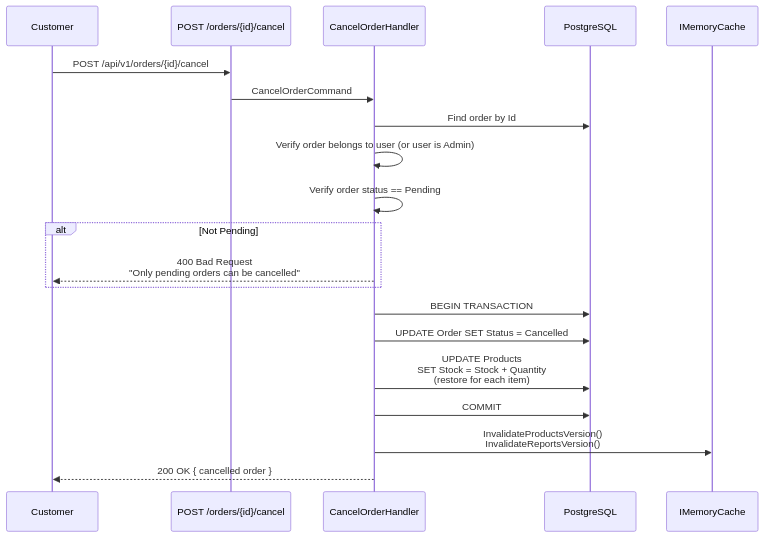
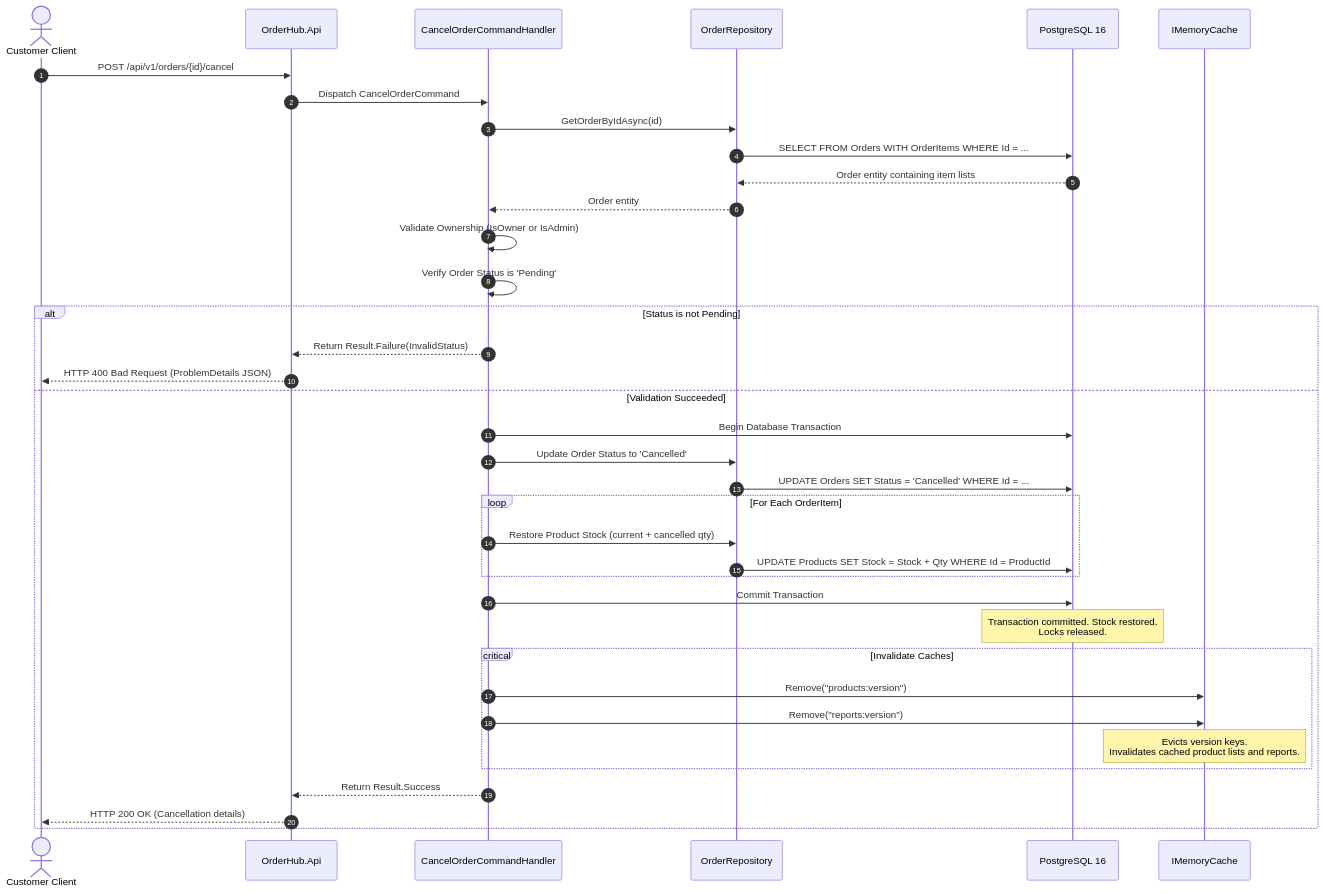
Before and after one commit to datngw/OrderHub: the fourth of 4 diagrams in docs/docusaurus/docs/architecture/06-runtime-view.md, drawn with Mermaid. The commit also changed other lines of this file and 28 other files, not shown here.

Commit message:
docs: Rewrite arc42 architecture docs and consolidate ADRs

````diff
--- a/docs/docusaurus/docs/architecture/06-runtime-view.md
+++ b/docs/docusaurus/docs/architecture/06-runtime-view.md
@@ -130,24 +201,46 @@
 ```mermaid
 sequenceDiagram
-    participant C as Customer
-    participant E as POST /orders/{id}/cancel
-    participant H as CancelOrderHandler
-    participant DB as PostgreSQL
+    autonumber
+    actor Customer as Customer Client
+    participant API as OrderHub.Api
+    participant Handler as CancelOrderCommandHandler
+    participant Repo as OrderRepository
+    participant DB as PostgreSQL 16
     participant Cache as IMemoryCache
 
-    C->>E: POST /api/v1/orders/{id}/cancel
-    E->>H: CancelOrderCommand
-
-    H->>DB: Find order by Id
-    H->>H: Verify order belongs to user (or user is Admin)
-    H->>H: Verify order status == Pending
-    alt Not Pending
-        H-->>C: 400 Bad Request<br/>"Only pending orders can be cancelled"
+    Customer->>API: POST /api/v1/orders/{id}/cancel
+    API->>Handler: Dispatch CancelOrderCommand
+    Handler->>Repo: GetOrderByIdAsync(id)
+    Repo->>DB: SELECT FROM Orders WITH OrderItems WHERE Id = ...
+    DB-->>Repo: Order entity containing item lists
+    Repo-->>Handler: Order entity
+    
+    Handler->>Handler: Validate Ownership (IsOwner or IsAdmin)
+    Handler->>Handler: Verify Order Status is 'Pending'
+    
+    alt Status is not Pending
+        Handler-->>API: Return Result.Failure(InvalidStatus)
+        API-->>Customer: HTTP 400 Bad Request (ProblemDetails JSON)
+    else Validation Succeeded
+        Handler->>DB: Begin Database Transaction
+        Handler->>Repo: Update Order Status to 'Cancelled'
+        Repo->>DB: UPDATE Orders SET Status = 'Cancelled' WHERE Id = ...
+        
+        loop For Each OrderItem
+            Handler->>Repo: Restore Product Stock (current + cancelled qty)
+            Repo->>DB: UPDATE Products SET Stock = Stock + Qty WHERE Id = ProductId
+        end
+        
+        Handler->>DB: Commit Transaction
+        Note over DB: Transaction committed. Stock restored.<br/>Locks released.
+        
+        critical Invalidate Caches
+            Handler->>Cache: Remove("products:version")
+            Handler->>Cache: Remove("reports:version")
+            Note over Cache: Evicts version keys.<br/>Invalidates cached product lists and reports.
+        end
+        
+        Handler-->>API: Return Result.Success
+        API-->>Customer: HTTP 200 OK (Cancellation details)
     end
-    H->>DB: BEGIN TRANSACTION
-    H->>DB: UPDATE Order SET Status = Cancelled
-    H->>DB: UPDATE Products<br/>SET Stock = Stock + Quantity<br/>(restore for each item)
-    H->>DB: COMMIT
-    H->>Cache: InvalidateProductsVersion()<br/>InvalidateReportsVersion()
-    H-->>C: 200 OK { cancelled order }
 ```
````
